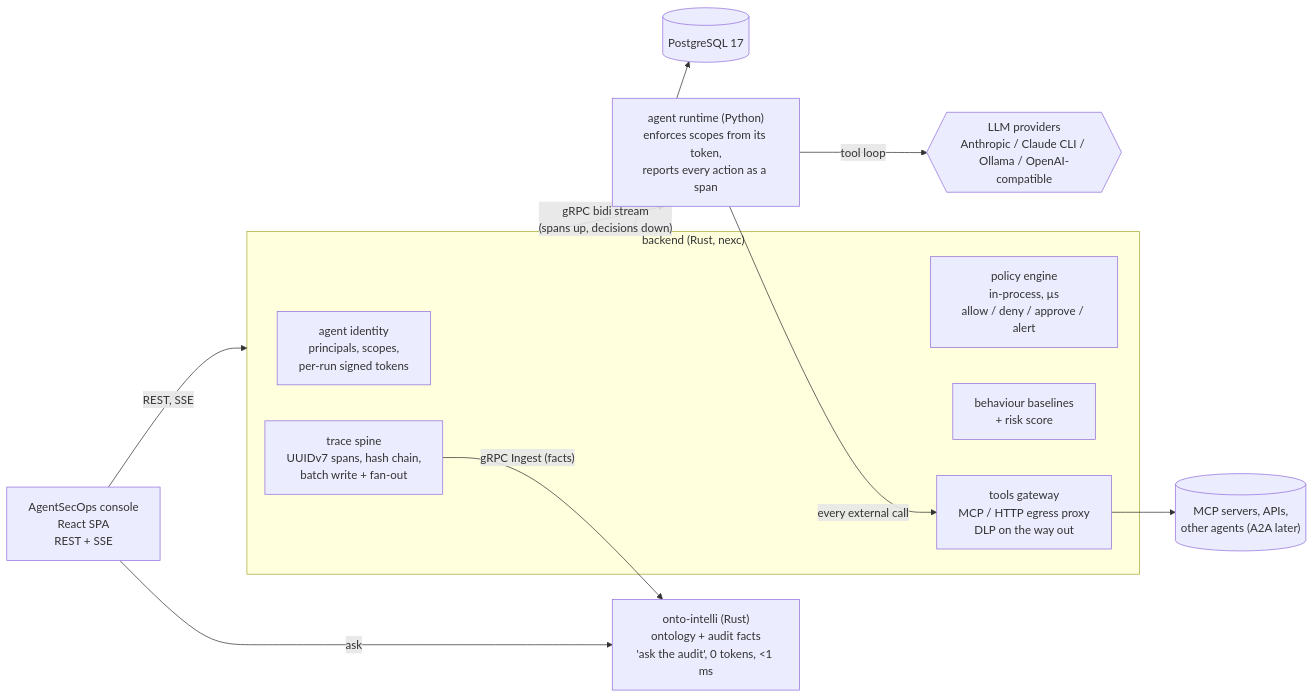
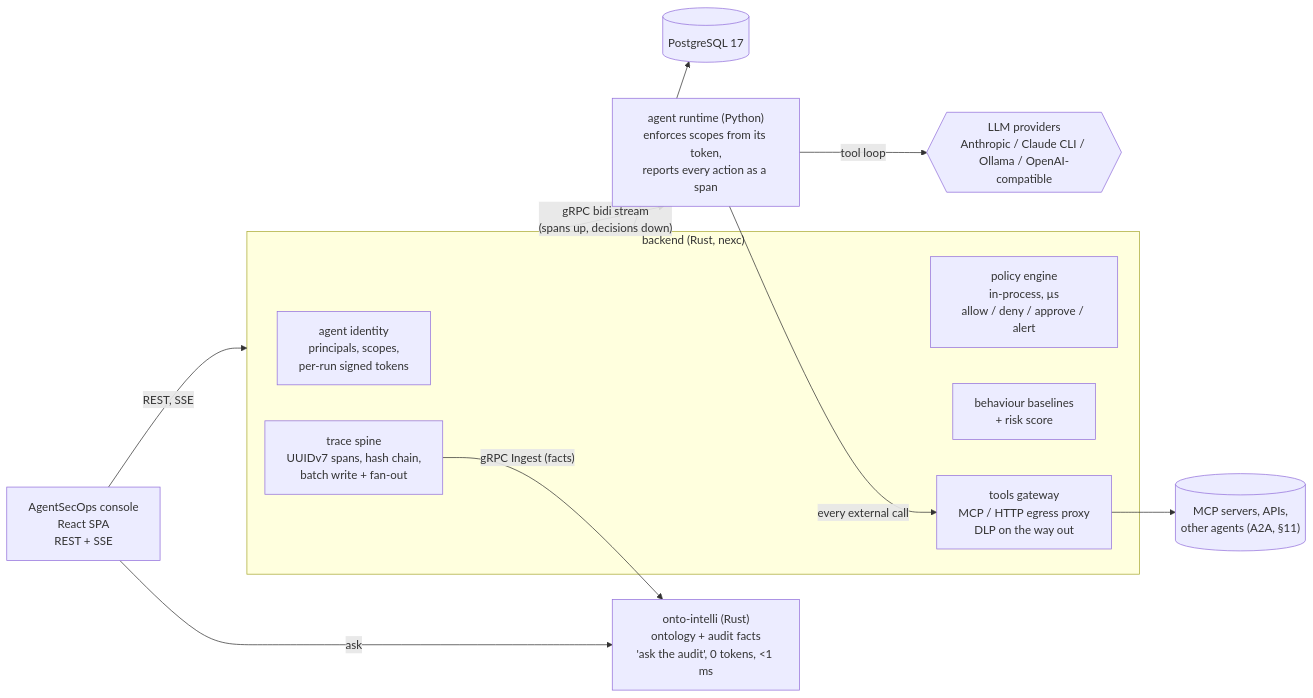
One commit to f8fvwgzc/nexc-engine changed the diagram in docs/AGENTSECOPS.md. Above: the diagram before and after it, drawn with Mermaid. The commit also changed other lines of this file and 3 other files, not shown here.

````diff
--- a/docs/AGENTSECOPS.md
+++ b/docs/AGENTSECOPS.md
@@ -113,25 +113,25 @@
 ```mermaid
 flowchart LR
     console["AgentSecOps console<br/>React SPA<br/>REST + SSE"]
     subgraph backend["backend (Rust, nexc)"]
         ident["agent identity<br/>principals, scopes,<br/>per-run signed tokens"]
         policy["policy engine<br/>in-process, µs<br/>allow / deny / approve / alert"]
         trace["trace spine<br/>UUIDv7 spans, hash chain,<br/>batch write + fan-out"]
         anomaly["behaviour baselines<br/>+ risk score"]
         gateway["tools gateway<br/>MCP / HTTP egress proxy<br/>DLP on the way out"]
     end
     runtime["agent runtime (Python)<br/>enforces scopes from its token,<br/>reports every action as a span"]
     onto["onto-intelli (Rust)<br/>ontology + audit facts<br/>'ask the audit', 0 tokens, <1 ms"]
     llm{{"LLM providers<br/>Anthropic / Claude CLI / Ollama / OpenAI-compatible"}}
-    ext[("MCP servers, APIs,<br/>other agents (A2A later)")]
+    ext[("MCP servers, APIs,<br/>other agents (A2A, §11)")]
     pg[("PostgreSQL 17")]
 
     console -- "REST, SSE" --> backend
     backend -- "gRPC bidi stream<br/>(spans up, decisions down)" --> runtime
     runtime -- "tool loop" --> llm
     runtime -- "every external call" --> gateway
     gateway --> ext
     trace -- "gRPC Ingest (facts)" --> onto
     console -- "ask" --> onto
     backend --> pg
 ```
````
